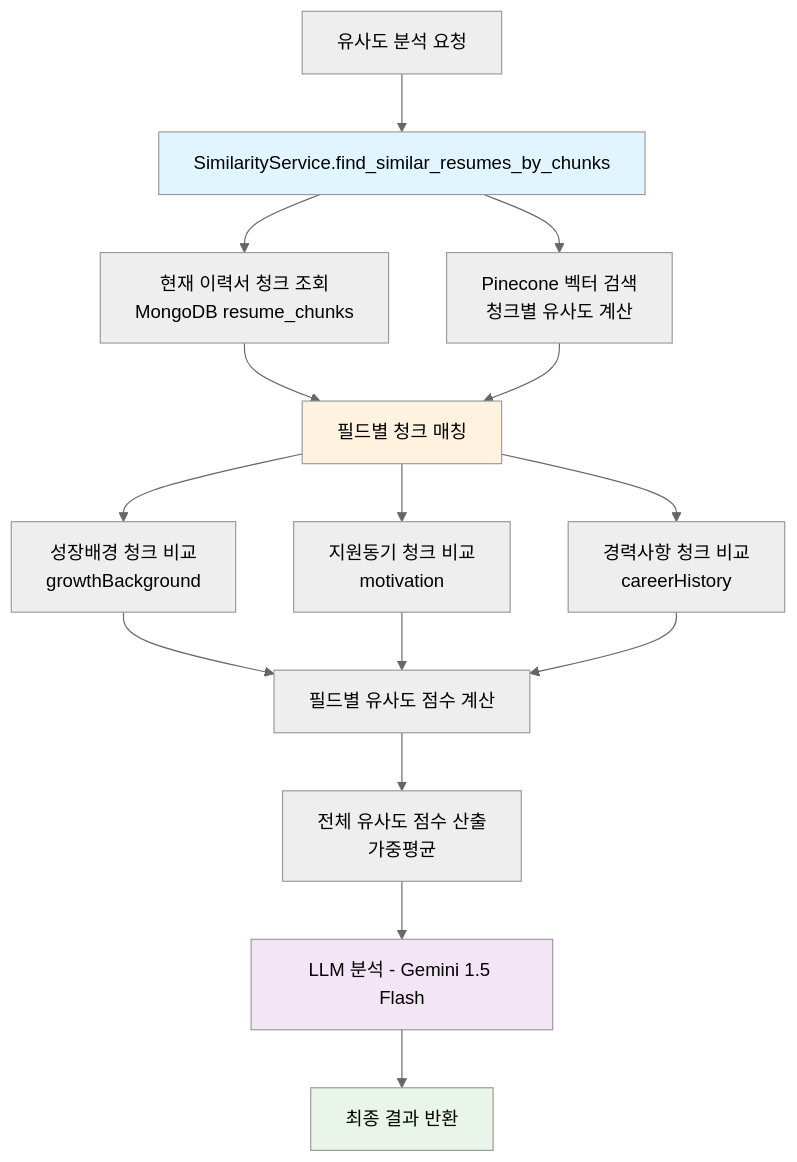
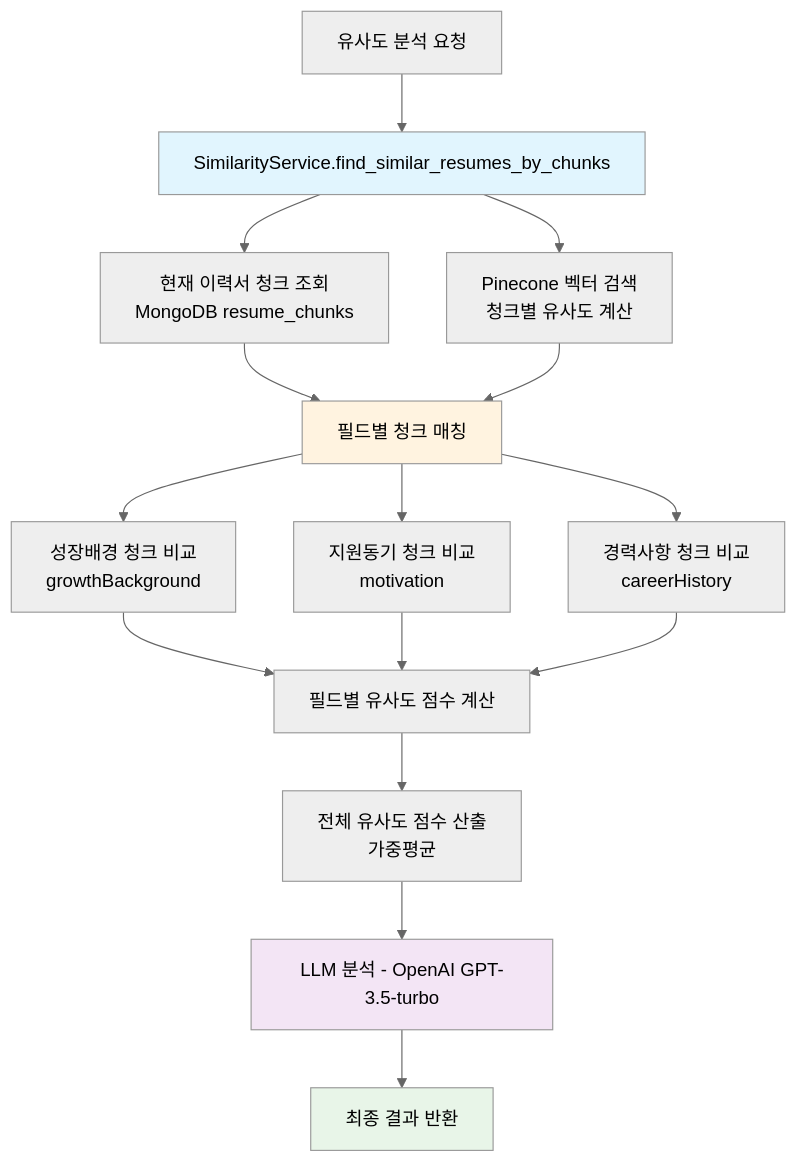
The second of 3 diagrams in README_jr.md (gangnam-2-insol/workspace-new), drawn with Mermaid (neutral theme) before and after one commit. The commit also changed other lines of this file, not shown here.

Commit message:
LLM_service update(gemini -> gpt)

````diff
--- a/README_jr.md
+++ b/README_jr.md
@@ -617,27 +617,27 @@
 ```mermaid
 graph TD
     A[유사도 분석 요청] --> B[SimilarityService.find_similar_resumes_by_chunks]
     
     B --> C1[현재 이력서 청크 조회<br>MongoDB resume_chunks]
     B --> C2[Pinecone 벡터 검색<br>청크별 유사도 계산]
     
     C1 --> D[필드별 청크 매칭]
     C2 --> D
     
     D --> E1[성장배경 청크 비교<br>growthBackground]
     D --> E2[지원동기 청크 비교<br>motivation]
     D --> E3[경력사항 청크 비교<br>careerHistory]
     
     E1 --> F[필드별 유사도 점수 계산]
     E2 --> F
     E3 --> F
     
     F --> G[전체 유사도 점수 산출<br>가중평균]
-    G --> H[LLM 분석 - Gemini 1.5 Flash]
+    G --> H[LLM 분석 - OpenAI GPT-3.5-turbo]
     H --> I[최종 결과 반환]
     
     style B fill:#e1f5fe
     style D fill:#fff3e0
     style H fill:#f3e5f5
     style I fill:#e8f5e8
 ```
````
